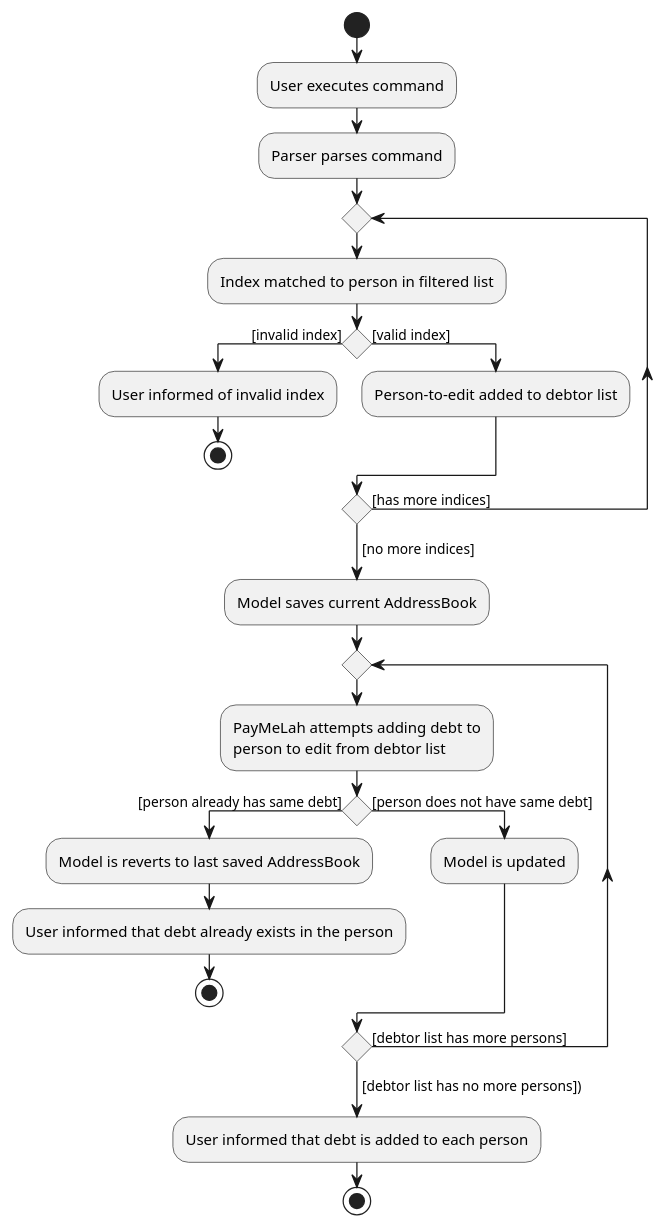
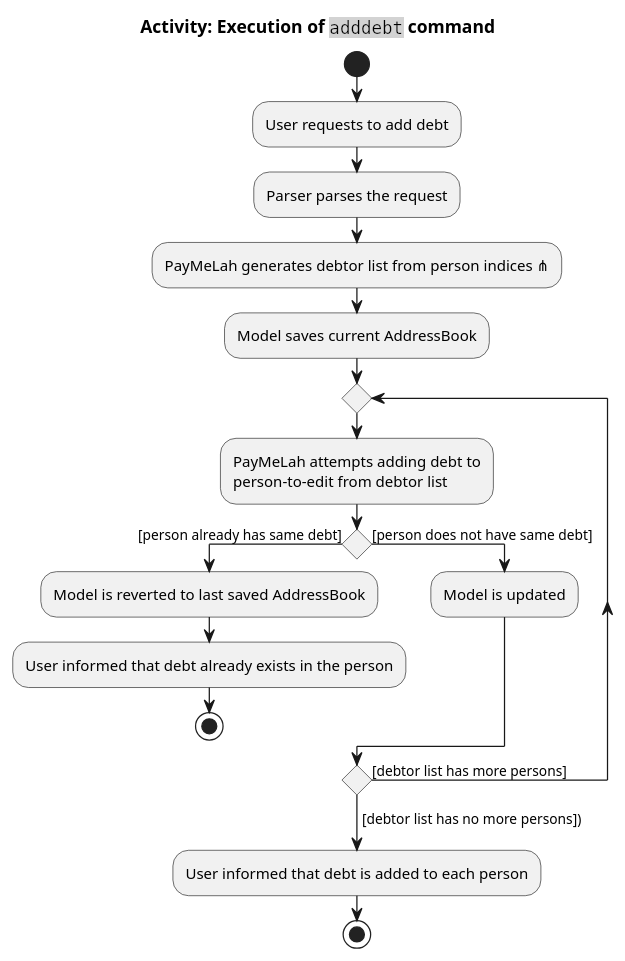
Before and after one commit to nus-cs2103-AY2223S1/tp: the diagram in docs/diagrams/AddDebtActivityDiagram.puml, drawn with PlantUML. The commit also changed 6 other files, not shown here.

```diff
--- a/docs/diagrams/AddDebtActivityDiagram.puml
+++ b/docs/diagrams/AddDebtActivityDiagram.puml
@@ -1,34 +1,28 @@
 @startuml
+title: Activity: Execution of <plain><font:monospaced><back:lightgray>adddebt</back></font></plain> command
+
 start
-:User executes command;
-:Parser parses command;
+:User requests to add debt;
 
-repeat
-:Index matched to person in filtered list;
-if () then ([invalid index])
-    :User informed of invalid index;
-    stop
-else ([valid index])
-:Person-to-edit added to debtor list;
-endif
-repeat while () is ([has more indices])
-->[no more indices];
+:Parser parses the request;
+
+:PayMeLah generates debtor list from person indices ⋔;
 
 :Model saves current AddressBook;
 
 repeat
 :PayMeLah attempts adding debt to
-person to edit from debtor list;
+person-to-edit from debtor list;
 if () then ([person already has same debt])
-    :Model is reverts to last saved AddressBook;
+    :Model is reverted to last saved AddressBook;
     :User informed that debt already exists in the person;
     stop
 else ([person does not have same debt])
 :Model is updated;
 endif
 repeat while () is ([debtor list has more persons])
 ->[debtor list has no more persons]);
 
 :User informed that debt is added to each person;
 stop
 @enduml
```
